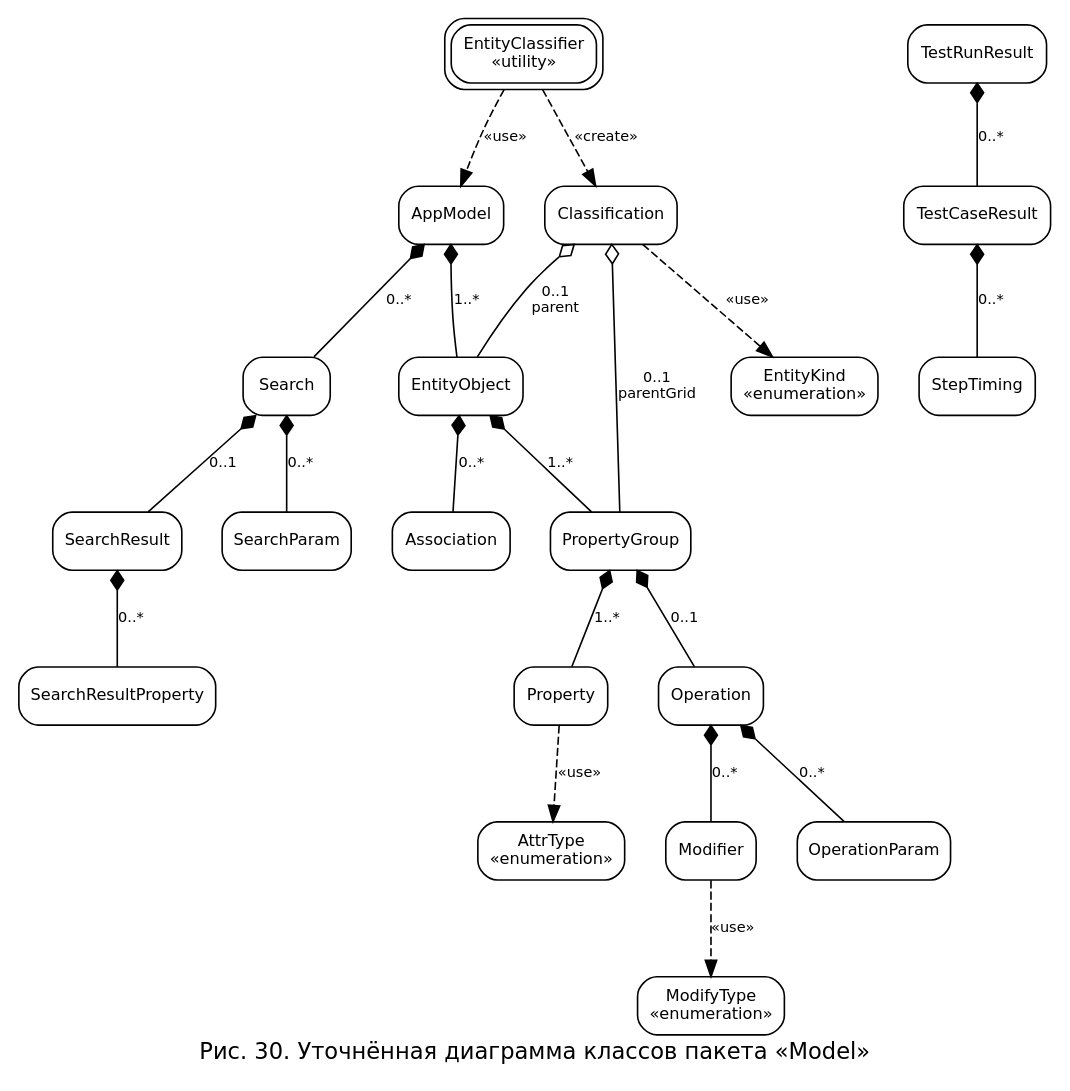
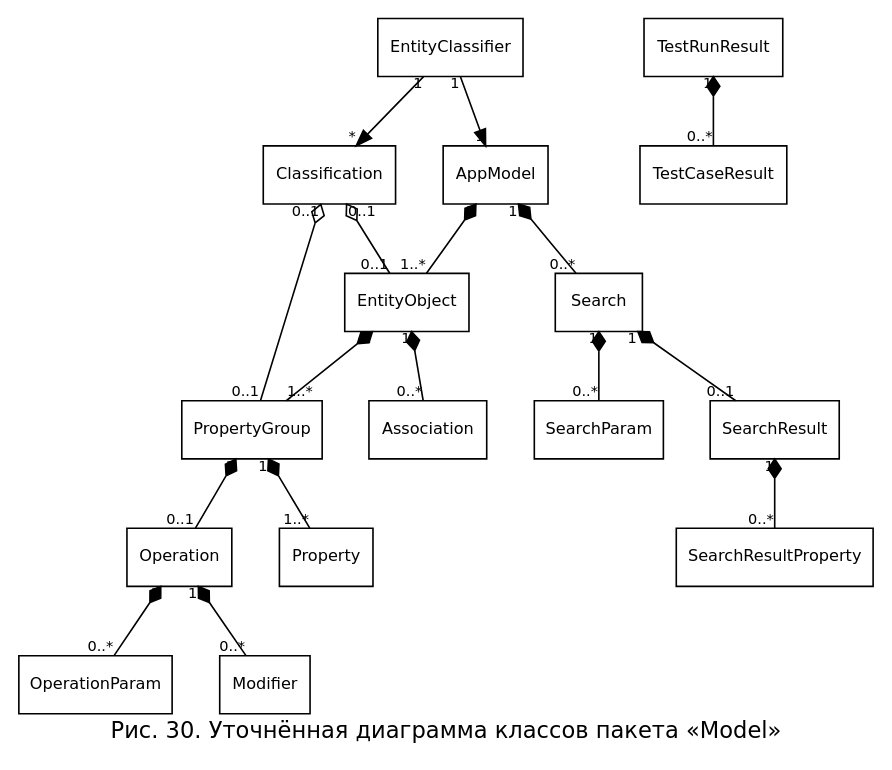
The diagram in diagrams/cls_model_refined.dot (nastolbov/AutoTestGeneratorUpdate), drawn with Graphviz before and after one commit. The commit also changed 45 other files, not shown here.

```diff
--- a/diagrams/cls_model_refined.dot
+++ b/diagrams/cls_model_refined.dot
@@ -1,56 +1,46 @@
-digraph Model {
+digraph MR {
     rankdir=TB; fontname="DejaVu Sans"; fontsize=14;
     label="Рис. 30. Уточнённая диаграмма классов пакета «Model»"; labelloc=b;
-    nodesep=0.35; ranksep=0.7;
-    node [fontname="DejaVu Sans", fontsize=10, shape=box, style="rounded,filled", fillcolor=white];
+    nodesep=0.4; ranksep=0.6;
+    node [fontname="DejaVu Sans", fontsize=10, shape=box, style=filled, fillcolor=white];
     edge [color=black, fontname="DejaVu Sans", fontsize=9];
 
-    AppModel       [label="AppModel"];
-    EntityObject   [label="EntityObject"];
-    PropertyGroup  [label="PropertyGroup"];
-    Property       [label="Property"];
-    Operation      [label="Operation"];
-    OperationParam [label="OperationParam"];
-    Modifier       [label="Modifier"];
-    Association    [label="Association"];
+    AM  [label="AppModel"];
+    EO  [label="EntityObject"];
+    PG  [label="PropertyGroup"];
+    P   [label="Property"];
+    Op  [label="Operation"];
+    OP  [label="OperationParam"];
+    M   [label="Modifier"];
+    A   [label="Association"];
+    S   [label="Search"];
+    SP  [label="SearchParam"];
+    SR  [label="SearchResult"];
+    SRP [label="SearchResultProperty"];
+    EC  [label="EntityClassifier"];
+    CL  [label="Classification"];
+    TRR [label="TestRunResult"];
+    TCR [label="TestCaseResult"];
 
-    Search                [label="Search"];
-    SearchParam           [label="SearchParam"];
-    SearchResult          [label="SearchResult"];
-    SearchResultProperty  [label="SearchResultProperty"];
+    // Композиция ♦ — иерархия владения
+    AM -> EO   [arrowtail=diamond, dir=back, taillabel="1", headlabel="1..*"];
+    AM -> S    [arrowtail=diamond, dir=back, taillabel="1", headlabel="0..*"];
+    EO -> PG   [arrowtail=diamond, dir=back, taillabel="1", headlabel="1..*"];
+    EO -> A    [arrowtail=diamond, dir=back, taillabel="1", headlabel="0..*"];
+    PG -> P    [arrowtail=diamond, dir=back, taillabel="1", headlabel="1..*"];
+    PG -> Op   [arrowtail=diamond, dir=back, taillabel="1", headlabel="0..1"];
+    Op -> OP   [arrowtail=diamond, dir=back, taillabel="1", headlabel="0..*"];
+    Op -> M    [arrowtail=diamond, dir=back, taillabel="1", headlabel="0..*"];
+    S  -> SP   [arrowtail=diamond, dir=back, taillabel="1", headlabel="0..*"];
+    S  -> SR   [arrowtail=diamond, dir=back, taillabel="1", headlabel="0..1"];
+    SR -> SRP  [arrowtail=diamond, dir=back, taillabel="1", headlabel="0..*"];
+    TRR -> TCR [arrowtail=diamond, dir=back, taillabel="1", headlabel="0..*"];
 
-    AttrType   [label="AttrType\n«enumeration»"];
-    ModifyType [label="ModifyType\n«enumeration»"];
-    EntityKind [label="EntityKind\n«enumeration»"];
+    // Ассоциация — create / use
+    EC -> CL [taillabel="1", headlabel="*"];
+    EC -> AM [taillabel="1", headlabel="1"];
 
-    EntityClassifier [peripheries=2, label="EntityClassifier\n«utility»"];
-    Classification   [label="Classification"];
-
-    TestRunResult  [label="TestRunResult"];
-    TestCaseResult [label="TestCaseResult"];
-    StepTiming     [label="StepTiming"];
-
-    AppModel      -> EntityObject  [arrowtail=diamond, dir=back, label="1..*"];
-    AppModel      -> Search        [arrowtail=diamond, dir=back, label="0..*"];
-    EntityObject  -> PropertyGroup [arrowtail=diamond, dir=back, label="1..*"];
-    EntityObject  -> Association   [arrowtail=diamond, dir=back, label="0..*"];
-    PropertyGroup -> Property      [arrowtail=diamond, dir=back, label="1..*"];
-    PropertyGroup -> Operation     [arrowtail=diamond, dir=back, label="0..1"];
-    Operation     -> OperationParam[arrowtail=diamond, dir=back, label="0..*"];
-    Operation     -> Modifier      [arrowtail=diamond, dir=back, label="0..*"];
-    Search        -> SearchParam   [arrowtail=diamond, dir=back, label="0..*"];
-    Search        -> SearchResult  [arrowtail=diamond, dir=back, label="0..1"];
-    SearchResult  -> SearchResultProperty [arrowtail=diamond, dir=back, label="0..*"];
-    TestRunResult -> TestCaseResult[arrowtail=diamond, dir=back, label="0..*"];
-    TestCaseResult-> StepTiming    [arrowtail=diamond, dir=back, label="0..*"];
-
-    Property -> AttrType   [label="«use»", style=dashed];
-    Modifier -> ModifyType [label="«use»", style=dashed];
-
-    EntityClassifier -> AppModel       [style=dashed, label="«use»"];
-    EntityClassifier -> Classification [style=dashed, label="«create»"];
-    Classification   -> EntityKind     [label="«use»", style=dashed];
-
-    Classification -> EntityObject  [arrowtail=odiamond, dir=back, label="0..1\nparent"];
-    Classification -> PropertyGroup [arrowtail=odiamond, dir=back, label="0..1\nparentGrid"];
+    // Агрегация ◇ — Classification ссылается на чужие сущности
+    CL -> EO [arrowtail=odiamond, dir=back, taillabel="0..1", headlabel="0..1"];
+    CL -> PG [arrowtail=odiamond, dir=back, taillabel="0..1", headlabel="0..1"];
 }
```
